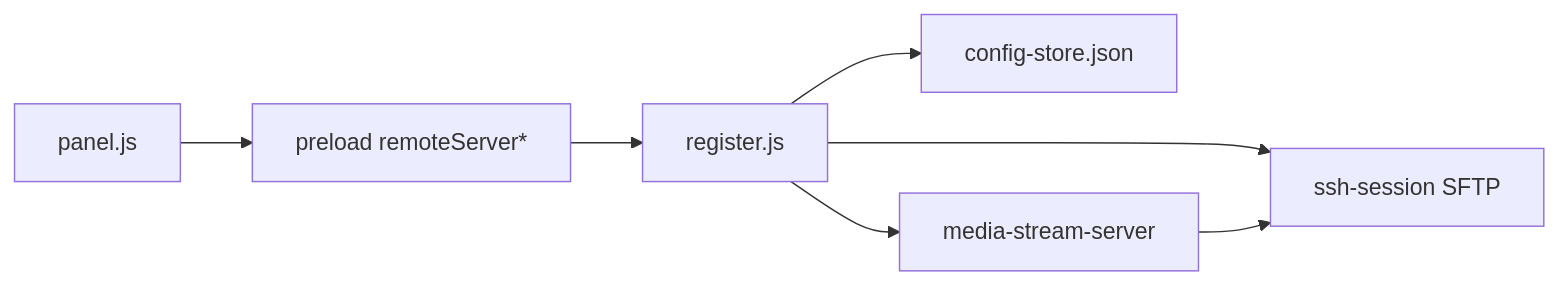
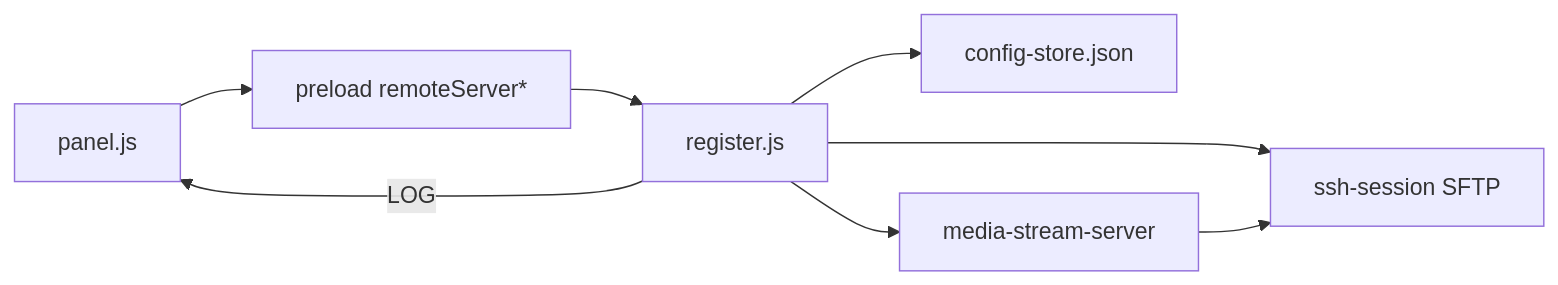
The diagram in src/remoteServer/README.md (SCSHICHUAN/Pecado), drawn with Mermaid before and after one commit. The commit also changed other lines of this file and 7 other files, not shown here.

````diff
--- a/src/remoteServer/README.md
+++ b/src/remoteServer/README.md
@@ -120,9 +133,10 @@
 ```mermaid
 flowchart LR
   UI[panel.js] --> Preload[preload remoteServer*]
   Preload --> IPC[register.js]
   IPC --> SSH[ssh-session SFTP]
   IPC --> Store[config-store.json]
   IPC --> Stream[media-stream-server]
   Stream --> SSH
+  IPC -->|LOG| UI
 ```
````
